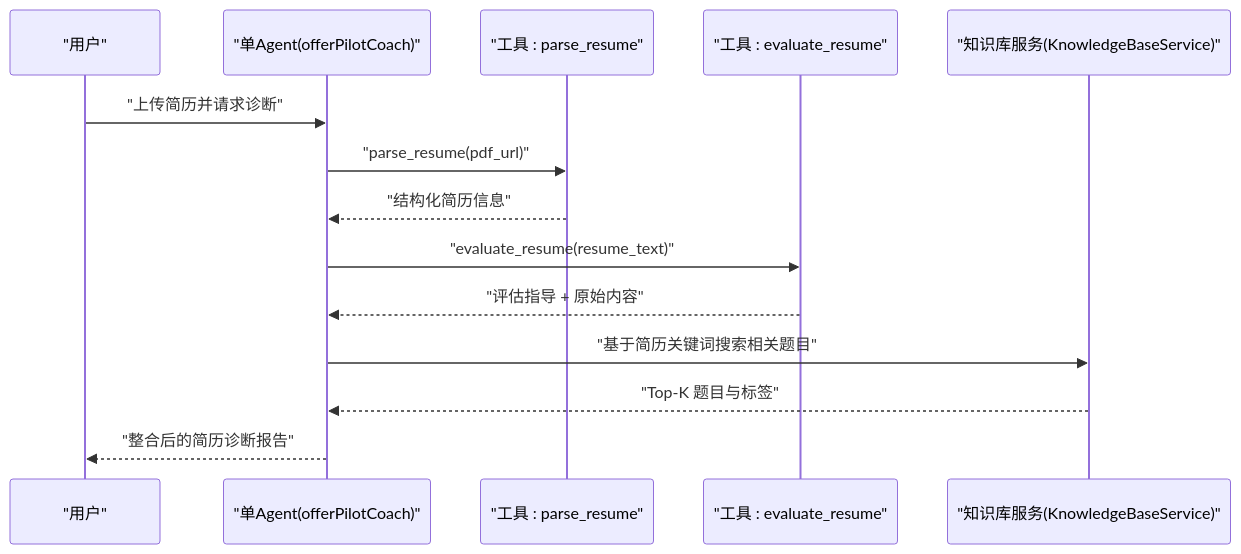
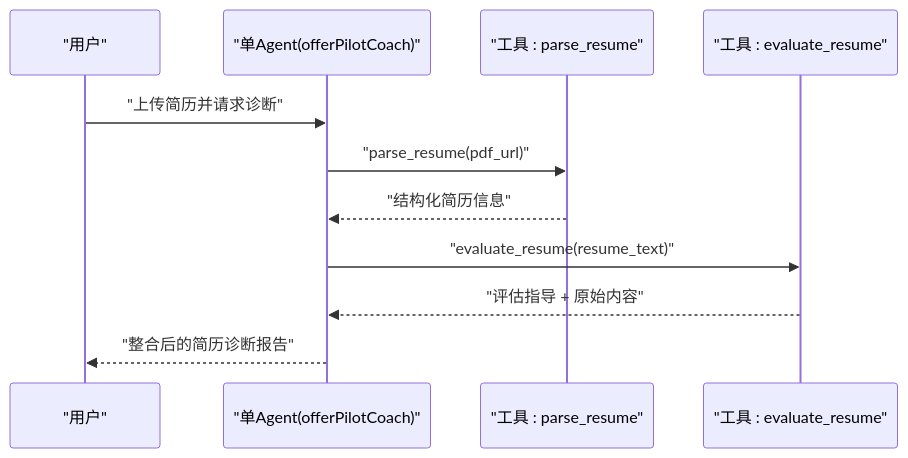
Before and after one commit to Miss-zhi/OfferPilot: the first of 5 diagrams in .qoder/repowiki/zh/content/六大核心求职环节 Agent 交互时序.md, drawn with Mermaid. The commit also changed other lines of this file and 28 other files, not shown here.

````diff
--- a/.qoder/repowiki/zh/content/六大核心求职环节 Agent 交互时序.md
+++ b/.qoder/repowiki/zh/content/六大核心求职环节 Agent 交互时序.md
@@ -33,16 +35,13 @@
 ```mermaid
 sequenceDiagram
 participant U as "用户"
 participant A as "单Agent(offerPilotCoach)"
 participant T1 as "工具 : parse_resume"
 participant T2 as "工具 : evaluate_resume"
-participant KB as "知识库服务(KnowledgeBaseService)"
 U->>A : "上传简历并请求诊断"
 A->>T1 : "parse_resume(pdf_url)"
 T1-->>A : "结构化简历信息"
 A->>T2 : "evaluate_resume(resume_text)"
 T2-->>A : "评估指导 + 原始内容"
-A->>KB : "基于简历关键词搜索相关题目"
-KB-->>A : "Top-K 题目与标签"
 A-->>U : "整合后的简历诊断报告"
 ```
````
